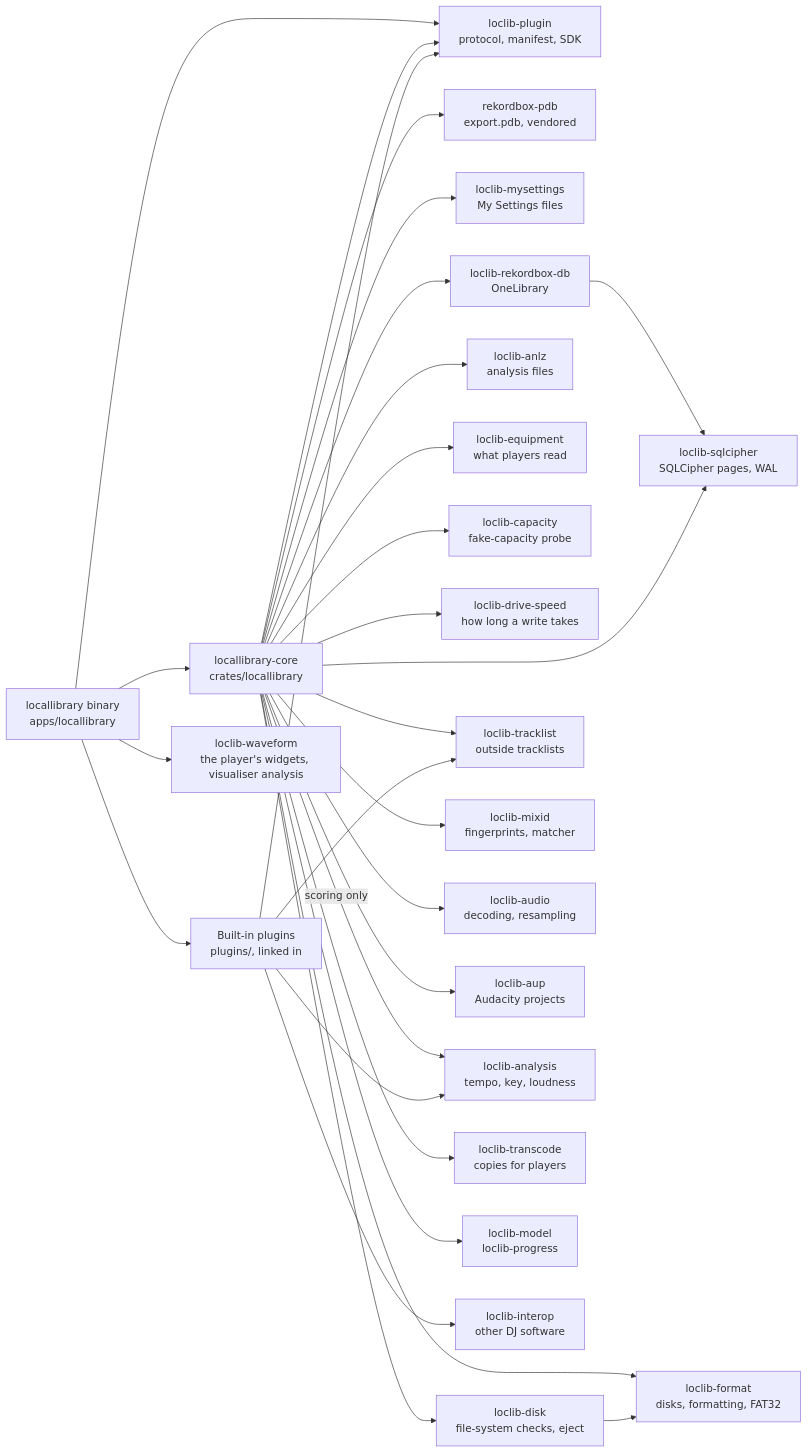
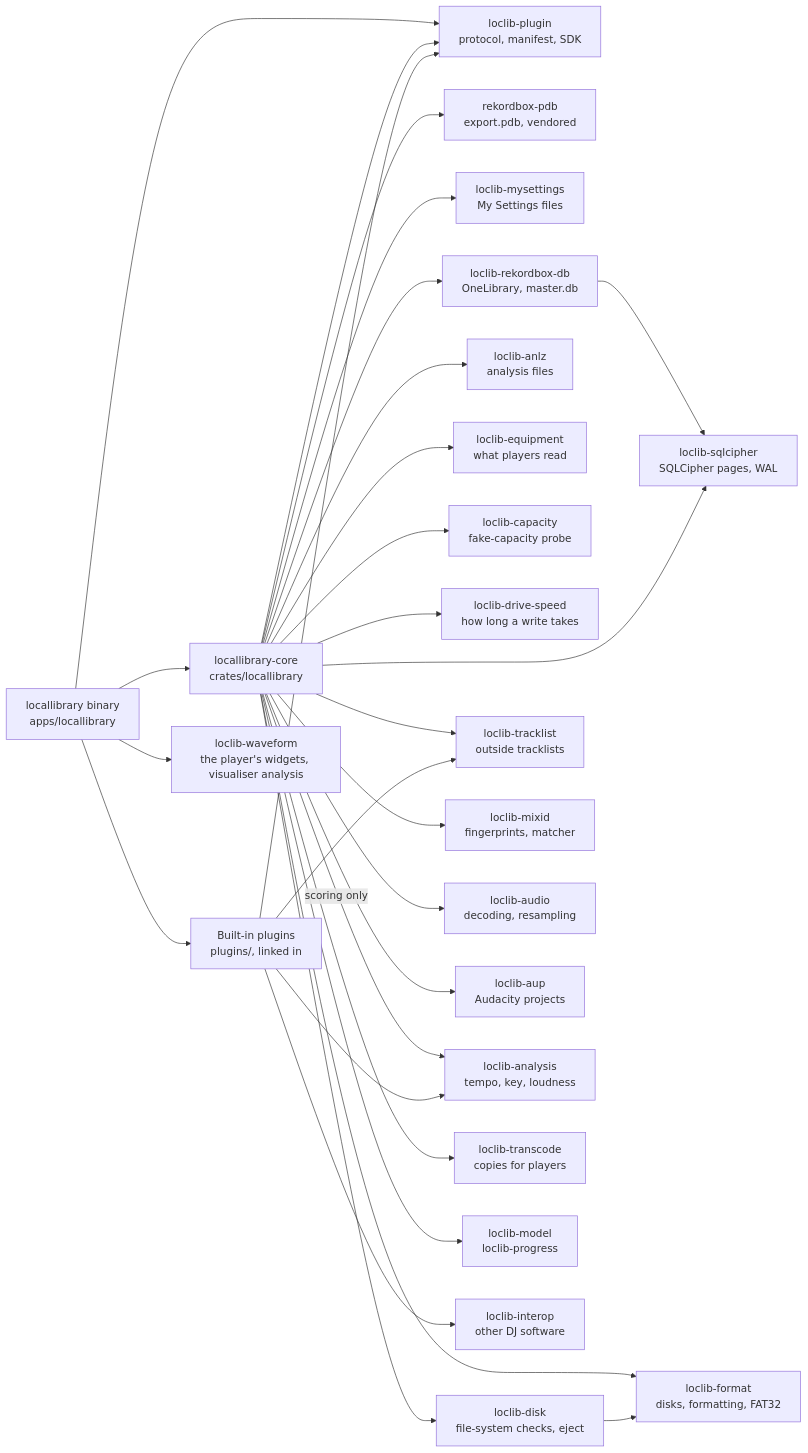
The second of 11 diagrams in apps/locallibrary/README.md (cutenode/localnetwork), drawn with Mermaid before and after one commit. The commit also changed other lines of this file and 43 other files, not shown here.

````diff
--- a/apps/locallibrary/README.md
+++ b/apps/locallibrary/README.md
@@ -297,31 +297,31 @@
 ```mermaid
 flowchart LR
     bin["locallibrary binary<br/>apps/locallibrary"] --> core["locallibrary-core<br/>crates/locallibrary"]
     bin --> plugins["Built-in plugins<br/>plugins/, linked in"]
     bin --> wave["loclib-waveform<br/>the player's widgets, visualiser analysis"]
     bin --> sdk["loclib-plugin<br/>protocol, manifest, SDK"]
     core --> sdk
     core --> pdb["rekordbox-pdb<br/>export.pdb, vendored"]
     core --> set["loclib-mysettings<br/>My Settings files"]
-    core --> rkdb["loclib-rekordbox-db<br/>OneLibrary"]
+    core --> rkdb["loclib-rekordbox-db<br/>OneLibrary, master.db"]
     rkdb --> sqlc["loclib-sqlcipher<br/>SQLCipher pages, WAL"]
     core --> sqlc
     core --> anlz["loclib-anlz<br/>analysis files"]
     core --> equip["loclib-equipment<br/>what players read"]
     core --> cap["loclib-capacity<br/>fake-capacity probe"]
     core --> speed["loclib-drive-speed<br/>how long a write takes"]
     core --> fmt["loclib-format<br/>disks, formatting, FAT32"]
     core --> disk["loclib-disk<br/>file-system checks, eject"]
     disk --> fmt
     core --> track["loclib-tracklist<br/>outside tracklists"]
     core --> mixid["loclib-mixid<br/>fingerprints, matcher"]
     core --> audio["loclib-audio<br/>decoding, resampling"]
     core --> aup["loclib-aup<br/>Audacity projects"]
     core -->|scoring only| sound["loclib-analysis<br/>tempo, key, loudness"]
     core --> trans["loclib-transcode<br/>copies for players"]
     core --> model["loclib-model<br/>loclib-progress"]
     plugins --> sdk
     plugins --> interop["loclib-interop<br/>other DJ software"]
     plugins --> sound
     plugins --> track
 ```
````
